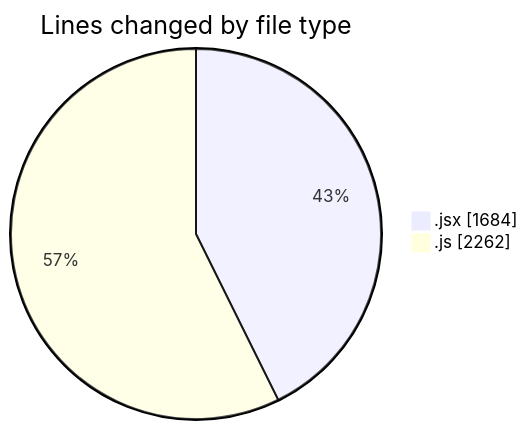
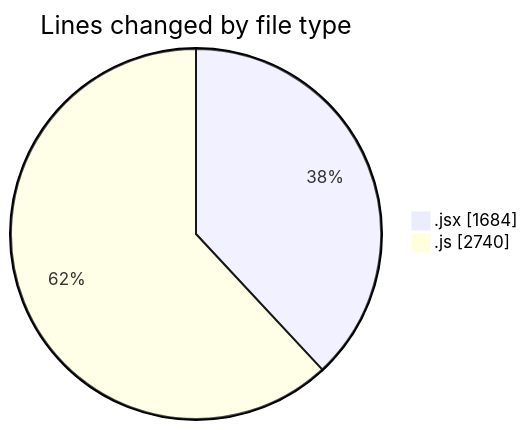
Before and after one commit to nxtqubesakshisongat/code-tracking: the first of 2 diagrams in 2025-09-23/nxtqube_webapp/README.md, drawn with Mermaid. The commit also changed other lines of this file and 1 other file, not shown here.

````diff
--- a/2025-09-23/nxtqube_webapp/README.md
+++ b/2025-09-23/nxtqube_webapp/README.md
@@ -22,6 +22,6 @@
 ```mermaid
 pie showData
 title Lines changed by file type
 ".jsx" : 1684
-".js" : 2262
+".js" : 2740
 ```
````
